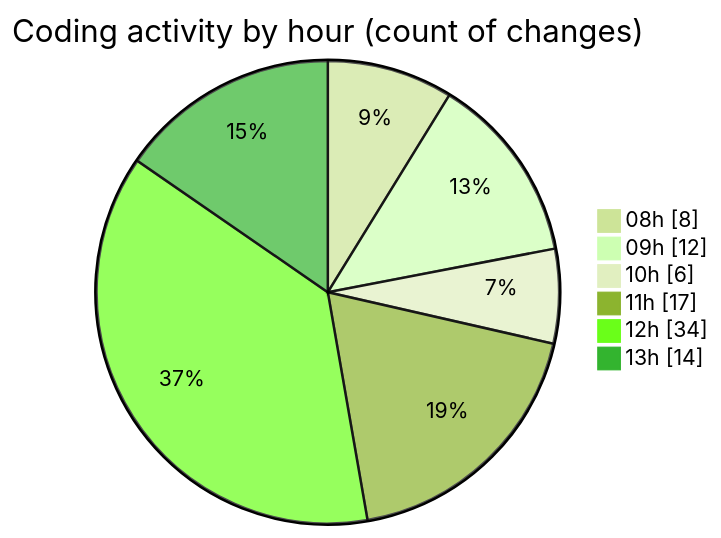
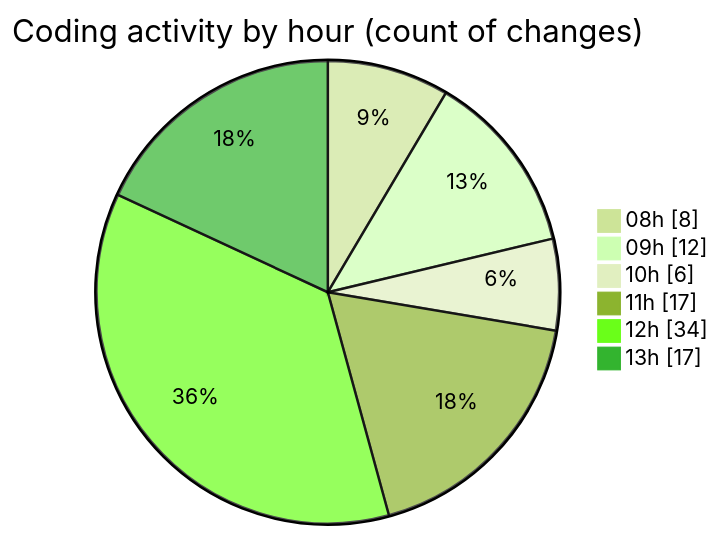
Before and after one commit to momahboobian/code-tracking: the second of 2 diagrams in 2025-09-15/cda/README.md, drawn with Mermaid (forest theme). The commit also changed other lines of this file and 1 other file, not shown here.

````diff
--- a/2025-09-15/cda/README.md
+++ b/2025-09-15/cda/README.md
@@ -35,10 +35,10 @@
 ```mermaid
 pie showData
 title Coding activity by hour (count of changes)
 "08h" : 8
 "09h" : 12
 "10h" : 6
 "11h" : 17
 "12h" : 34
-"13h" : 14
+"13h" : 17
 ```
````
